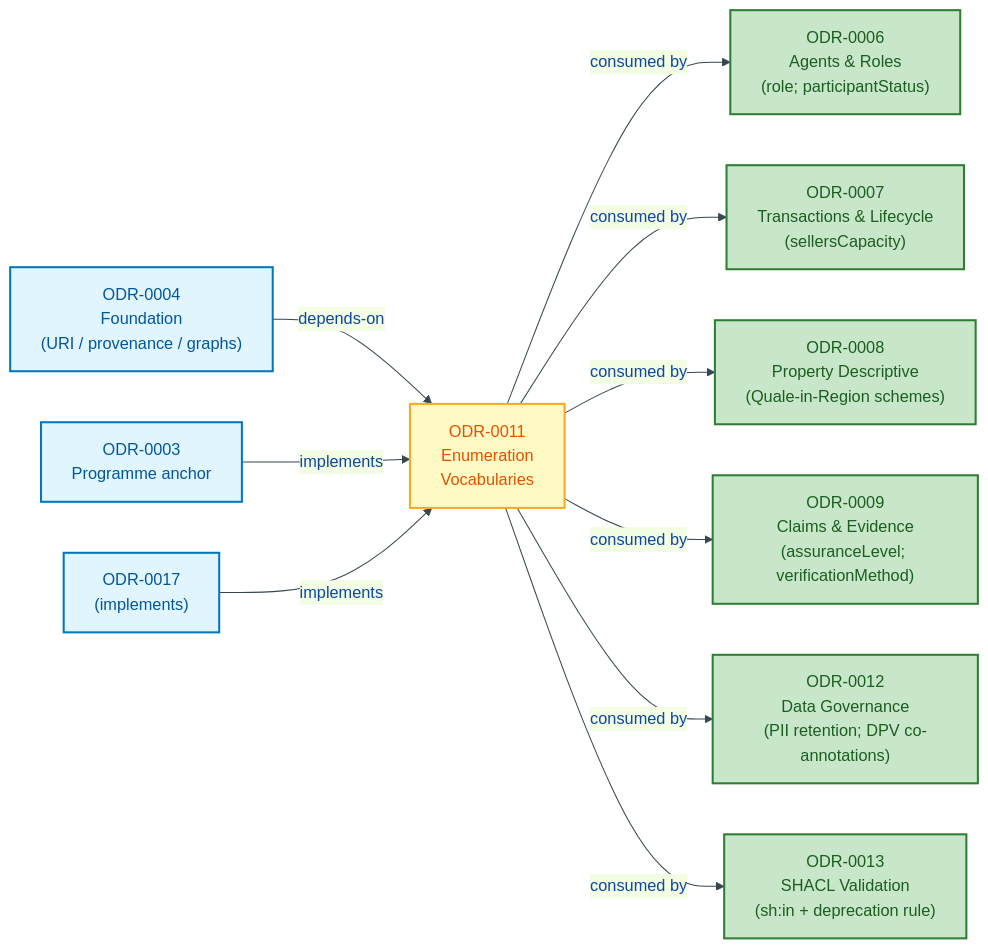
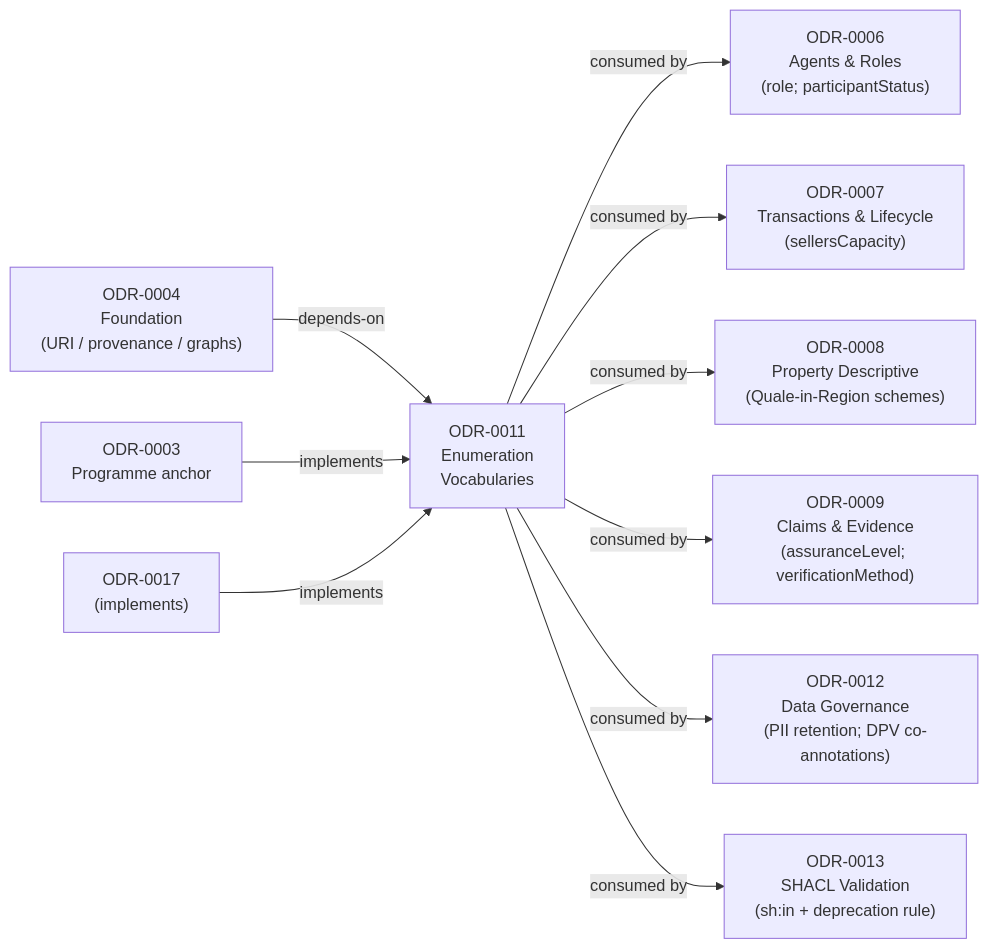
Before and after one commit to sparkling/opda: the fourth of 4 diagrams in docs/ontology/odr/ODR-0011-enumeration-vocabularies.md, drawn with Mermaid. The commit also changed other lines of this file and 25 other files, not shown here.

````diff
--- a/docs/ontology/odr/ODR-0011-enumeration-vocabularies.md
+++ b/docs/ontology/odr/ODR-0011-enumeration-vocabularies.md
@@ -307,32 +294,28 @@
 ```mermaid
-%%{init:{"theme":"base","themeVariables":{"primaryColor":"#E3F2FD","primaryTextColor":"#0D47A1","primaryBorderColor":"#1565C0","lineColor":"#37474F"}}}%%
 flowchart LR
     accTitle: ODR-0011 dependency and consumer graph
     accDescr: Flowchart showing ODR-0011 depending on ODR-0004, implementing ODR-0003 and ODR-0017, and being consumed by ODR-0006 through ODR-0013.
-    classDef process fill:#E1F5FE,stroke:#0277BD,stroke-width:2px,color:#01579B
-    classDef output fill:#C8E6C9,stroke:#2E7D32,stroke-width:2px,color:#1B5E20
-    classDef this fill:#FFF9C4,stroke:#F9A825,stroke-width:2px,color:#E65100
 
     ODR4["ODR-0004<br/>Foundation<br/>(URI / provenance / graphs)"]:::process
     ODR3["ODR-0003<br/>Programme anchor"]:::process
     ODR17["ODR-0017<br/>(implements)"]:::process
 
-    ODR11["ODR-0011<br/>Enumeration<br/>Vocabularies"]:::this
+    ODR11["ODR-0011<br/>Enumeration<br/>Vocabularies"]:::warning
 
-    ODR6["ODR-0006<br/>Agents &amp; Roles<br/>(role; participantStatus)"]:::output
-    ODR7["ODR-0007<br/>Transactions &amp; Lifecycle<br/>(sellersCapacity)"]:::output
-    ODR8["ODR-0008<br/>Property Descriptive<br/>(Quale-in-Region schemes)"]:::output
-    ODR9["ODR-0009<br/>Claims &amp; Evidence<br/>(assuranceLevel; verificationMethod)"]:::output
-    ODR12["ODR-0012<br/>Data Governance<br/>(PII retention; DPV co-annotations)"]:::output
-    ODR13["ODR-0013<br/>SHACL Validation<br/>(sh:in + deprecation rule)"]:::output
+    ODR6["ODR-0006<br/>Agents &amp; Roles<br/>(role; participantStatus)"]:::success
+    ODR7["ODR-0007<br/>Transactions &amp; Lifecycle<br/>(sellersCapacity)"]:::success
+    ODR8["ODR-0008<br/>Property Descriptive<br/>(Quale-in-Region schemes)"]:::success
+    ODR9["ODR-0009<br/>Claims &amp; Evidence<br/>(assuranceLevel; verificationMethod)"]:::success
+    ODR12["ODR-0012<br/>Data Governance<br/>(PII retention; DPV co-annotations)"]:::success
+    ODR13["ODR-0013<br/>SHACL Validation<br/>(sh:in + deprecation rule)"]:::success
 
     ODR4 -->|"depends-on"| ODR11
     ODR3 -->|"implements"| ODR11
     ODR17 -->|"implements"| ODR11
     ODR11 -->|"consumed by"| ODR6
     ODR11 -->|"consumed by"| ODR7
     ODR11 -->|"consumed by"| ODR8
     ODR11 -->|"consumed by"| ODR9
     ODR11 -->|"consumed by"| ODR12
     ODR11 -->|"consumed by"| ODR13
 ```
````
